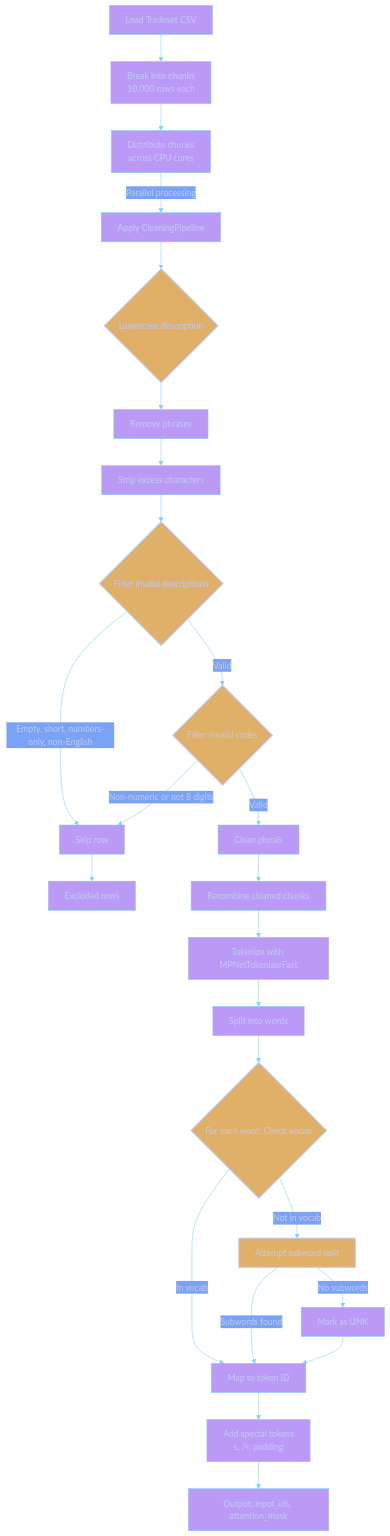
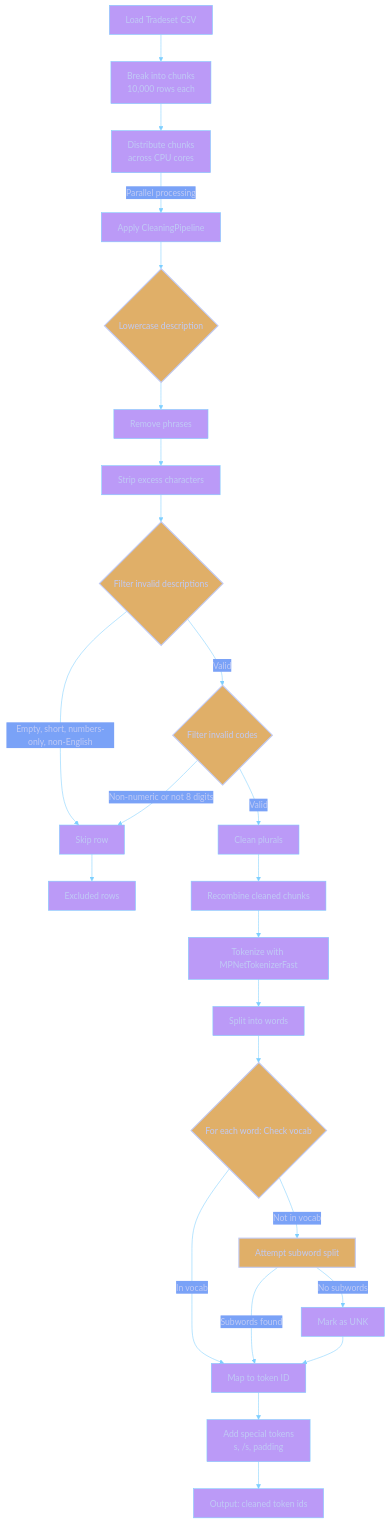
One commit to trade-tariff/trade-tariff-lambdas-fpo-search changed the diagram in docs/understanding_cleaning.md. Above: the diagram before and after it, drawn with Mermaid. The commit also changed other lines of this file, not shown here.

````diff
--- a/docs/understanding_cleaning.md
+++ b/docs/understanding_cleaning.md
@@ -101,41 +98,41 @@
 ```mermaid
 %%{init: {
     'theme': 'base',
     'themeVariables': {
         'primaryColor': '#bb9af7',
         'primaryTextColor': '#c0caf5',
         'primaryBorderColor': '#7dcfff',
         'lineColor': '#7dcfff',
         'secondaryColor': '#7aa2f7',
         'tertiaryColor': '#f7768e',
         'background': '#1a1b26',
         'decisionNode': '#e0af68'
     }
 }}%%
 graph TD
     A[Load Tradeset CSV] --> B[Break into chunks <br> 10,000 rows each]
     B --> C[Distribute chunks <br> across CPU cores]
     C -->|Parallel processing| D[Apply CleaningPipeline]
     D --> E{Lowercase description}
     E --> F[Remove phrases]
     F --> G[Strip excess characters]
     G --> H{Filter invalid descriptions}
     H -->|Empty, short, numbers-only, non-English| I[Skip row]
     H -->|Valid| J{Filter invalid codes}
     J -->|Non-numeric or not 8 digits| I
     J -->|Valid| K[Clean plurals]
     K --> L[Recombine cleaned chunks]
     L --> M[Tokenize with MPNetTokenizerFast]
     M --> N[Split into words]
     N --> O{For each word: Check vocab}
     O -->|In vocab| P[Map to token ID]
     O -->|Not in vocab| Q[Attempt subword split]
     Q -->|Subwords found| P
     Q -->|No subwords| R[Mark as UNK]
     R --> P
     P --> S[Add special tokens <br> s, /s, padding]
-    S --> T[Output: input_ids, attention_mask]
+    S --> T[Output: cleaned token ids]
     I --> U[Excluded rows]
     classDef decision fill:#e0af68,stroke:#c0caf5,stroke-width:2px;
     class E,H,J,O,Q decision;
 ```
````
